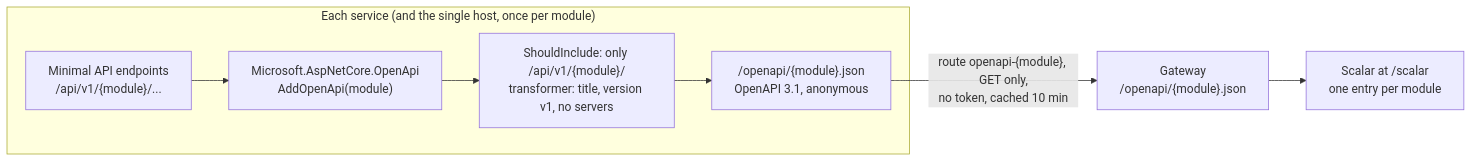
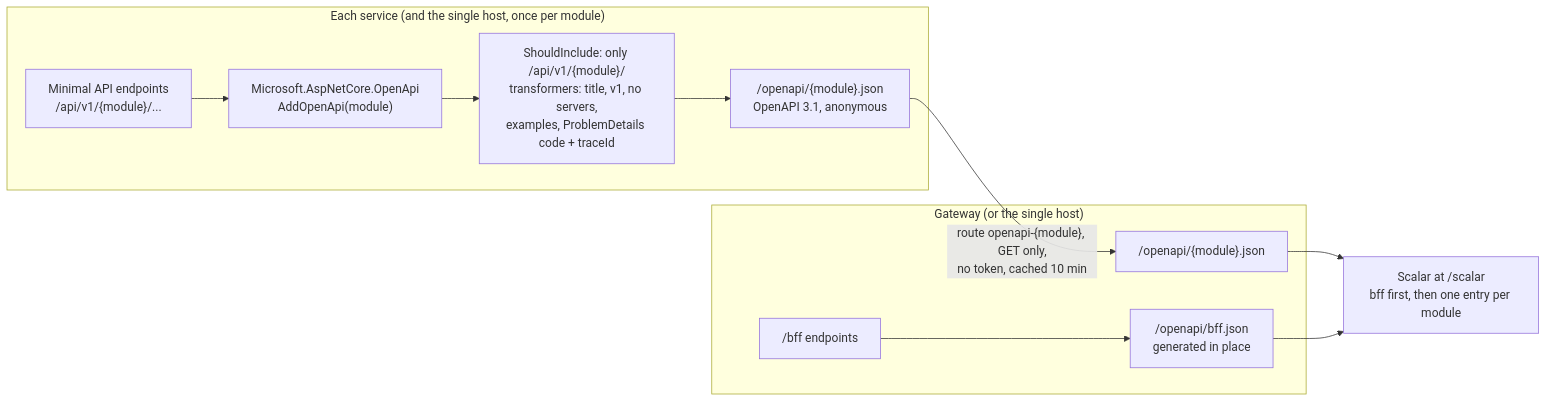
One commit to sgorgun/SmartSpare changed the diagram in docs/architecture/API_DOCUMENTATION.md. Above: the diagram before and after it, drawn with Mermaid. The commit also changed other lines of this file and 5 other files, not shown here.

First line of the commit message:
docs: describe the bff document and the first business endpoints

````diff
--- a/docs/architecture/API_DOCUMENTATION.md
+++ b/docs/architecture/API_DOCUMENTATION.md
@@ -28,10 +29,15 @@
 ```mermaid
 flowchart LR
   subgraph service["Each service (and the single host, once per module)"]
     E["Minimal API endpoints<br/>/api/v1/{module}/..."] --> G["Microsoft.AspNetCore.OpenApi<br/>AddOpenApi(module)"]
-    G --> F["ShouldInclude: only /api/v1/{module}/<br/>transformer: title, version v1, no servers"]
+    G --> F["ShouldInclude: only /api/v1/{module}/<br/>transformers: title, v1, no servers,<br/>examples, ProblemDetails code + traceId"]
     F --> D["/openapi/{module}.json<br/>OpenAPI 3.1, anonymous"]
   end
-  D -->|"route openapi-{module}, GET only,<br/>no token, cached 10 min"| W["Gateway<br/>/openapi/{module}.json"]
-  W --> S["Scalar at /scalar<br/>one entry per module"]
+  subgraph gateway["Gateway (or the single host)"]
+    BE["/bff endpoints"] --> BD["/openapi/bff.json<br/>generated in place"]
+    W["/openapi/{module}.json"]
+  end
+  D -->|"route openapi-{module}, GET only,<br/>no token, cached 10 min"| W
+  W --> S["Scalar at /scalar<br/>bff first, then one entry per module"]
+  BD --> S
 ```
````
